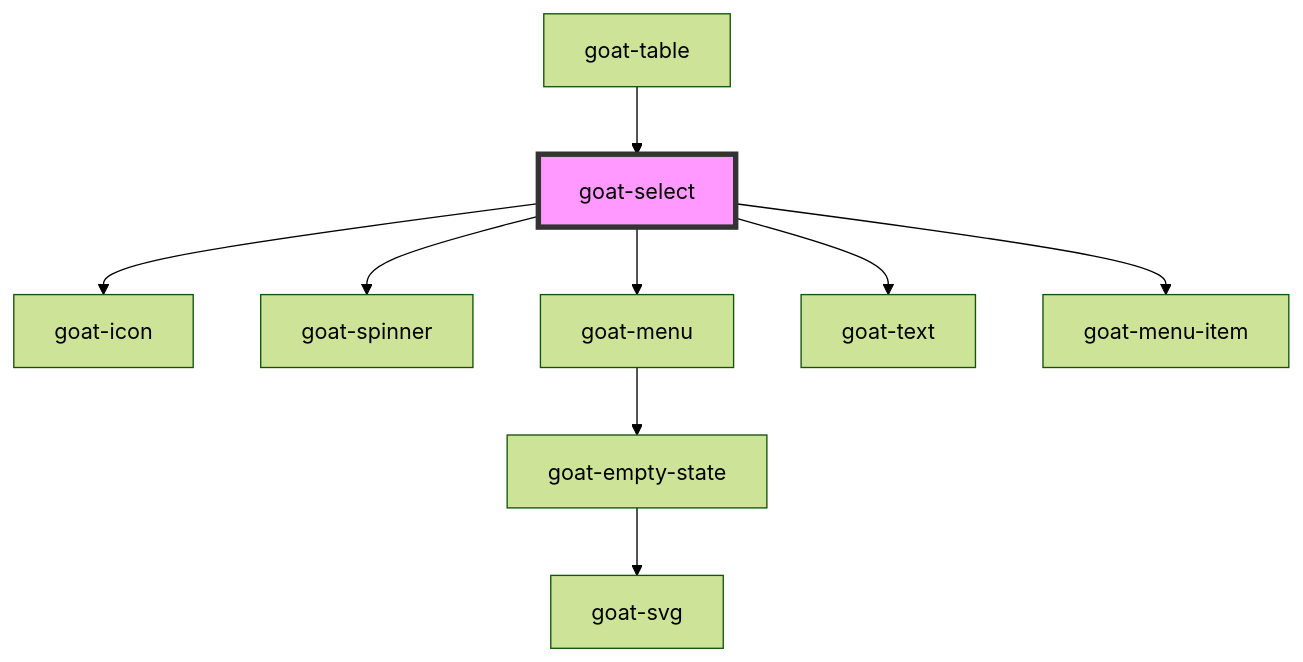
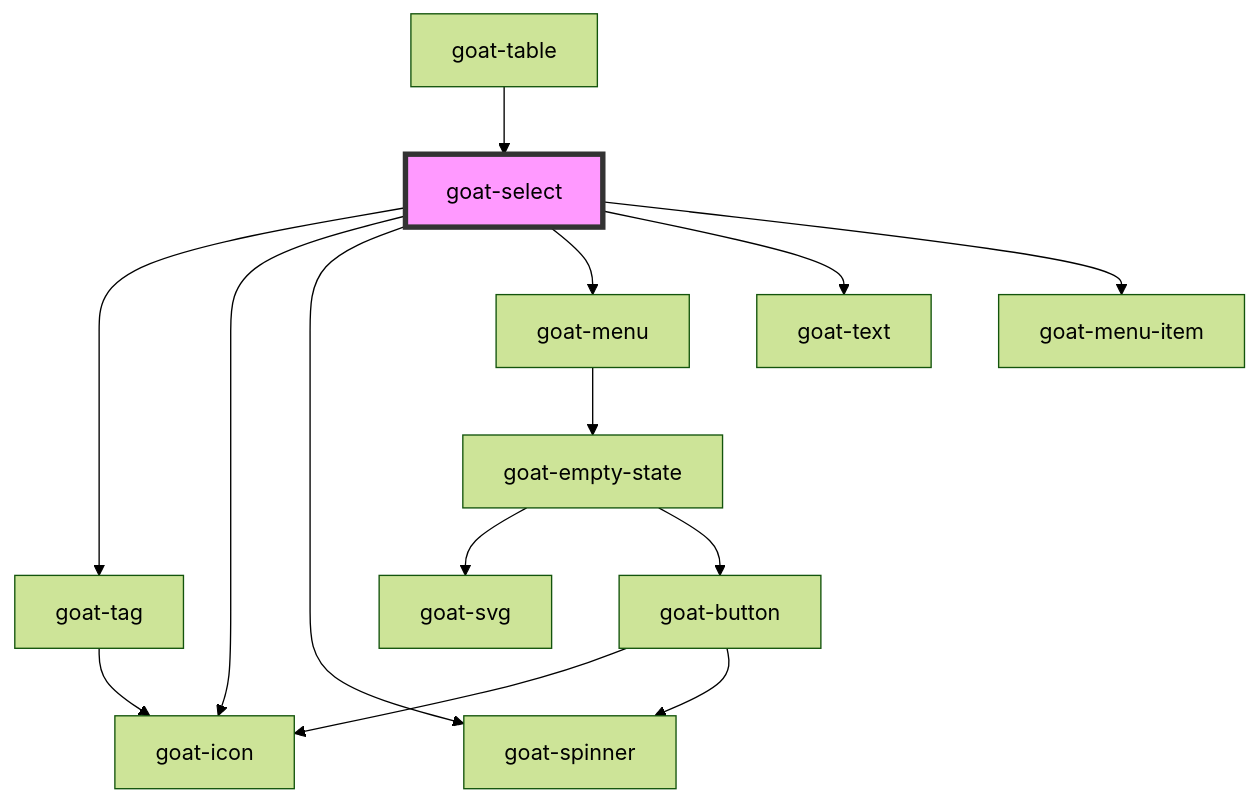
One commit to goatui/components changed the diagram in src/components/form/select/readme.md. Above: the diagram before and after it, drawn with Mermaid (forest theme). The commit also changed other lines of this file and 163 other files, not shown here.

````diff
--- a/src/components/form/select/readme.md
+++ b/src/components/form/select/readme.md
@@ -89,12 +91,17 @@
 ```mermaid
 graph TD;
+  goat-select --> goat-tag
   goat-select --> goat-icon
   goat-select --> goat-spinner
   goat-select --> goat-menu
   goat-select --> goat-text
   goat-select --> goat-menu-item
+  goat-tag --> goat-icon
   goat-menu --> goat-empty-state
   goat-empty-state --> goat-svg
+  goat-empty-state --> goat-button
+  goat-button --> goat-icon
+  goat-button --> goat-spinner
   goat-table --> goat-select
   style goat-select fill:#f9f,stroke:#333,stroke-width:4px
 ```
````
